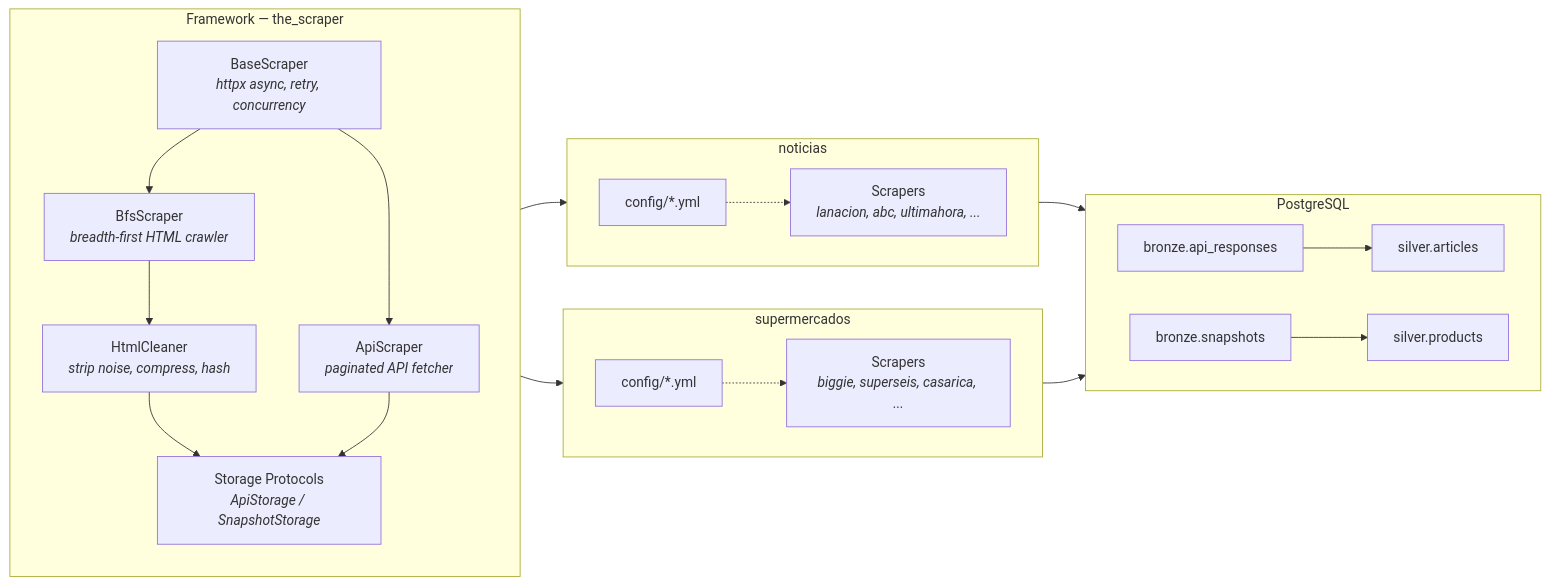
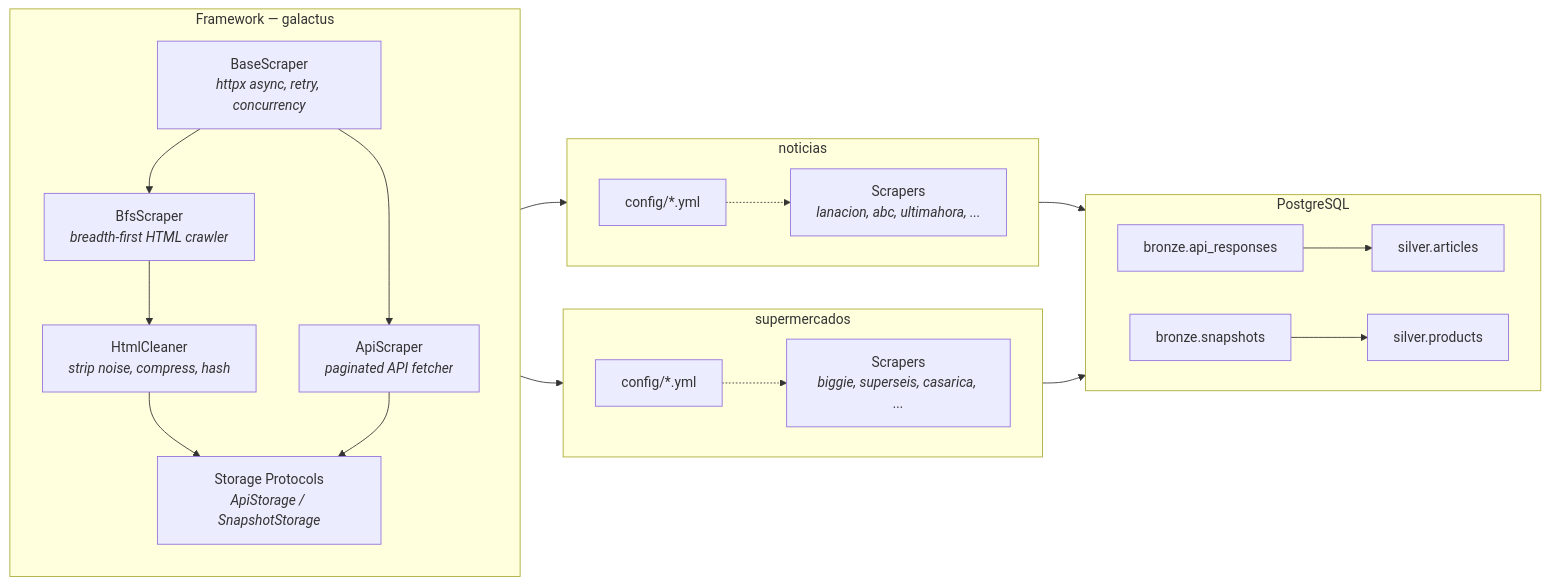
One commit to quanturtle/galactus changed the first of 3 diagrams in README.md. Above: the diagram before and after it, drawn with Mermaid. The commit also changed other lines of this file and 50 other files, not shown here.

Commit message:
Rename the_scraper package to galactus and add project logo

````diff
--- a/README.md
+++ b/README.md
@@ -71,34 +71,34 @@
 ```mermaid
 flowchart LR
-    subgraph Framework["Framework — the_scraper"]
+    subgraph Framework["Framework — galactus"]
         BASE[BaseScraper<br/><i>httpx async, retry, concurrency</i>]
         BFS[BfsScraper<br/><i>breadth-first HTML crawler</i>]
         API[ApiScraper<br/><i>paginated API fetcher</i>]
         CLEAN[HtmlCleaner<br/><i>strip noise, compress, hash</i>]
         PROTO[Storage Protocols<br/><i>ApiStorage / SnapshotStorage</i>]
         BASE --> BFS
         BASE --> API
         BFS --> CLEAN
         CLEAN --> PROTO
         API --> PROTO
     end
 
     subgraph Noticias["noticias"]
         direction LR
         N_CFG["config/*.yml"] -.-> N_SCRP["Scrapers<br/><i>lanacion, abc, ultimahora, ...</i>"]
     end
 
     subgraph Supermercados["supermercados"]
         direction LR
         S_CFG["config/*.yml"] -.-> S_SCRP["Scrapers<br/><i>biggie, superseis, casarica, ...</i>"]
     end
 
     subgraph DB["PostgreSQL"]
         direction LR
         BRONZE_API[bronze.api_responses] --> SILVER_ART[silver.articles]
         BRONZE_SNAP[bronze.snapshots] --> SILVER_PROD[silver.products]
     end
 
     Framework --> Noticias --> DB
     Framework --> Supermercados --> DB
 ```
````
